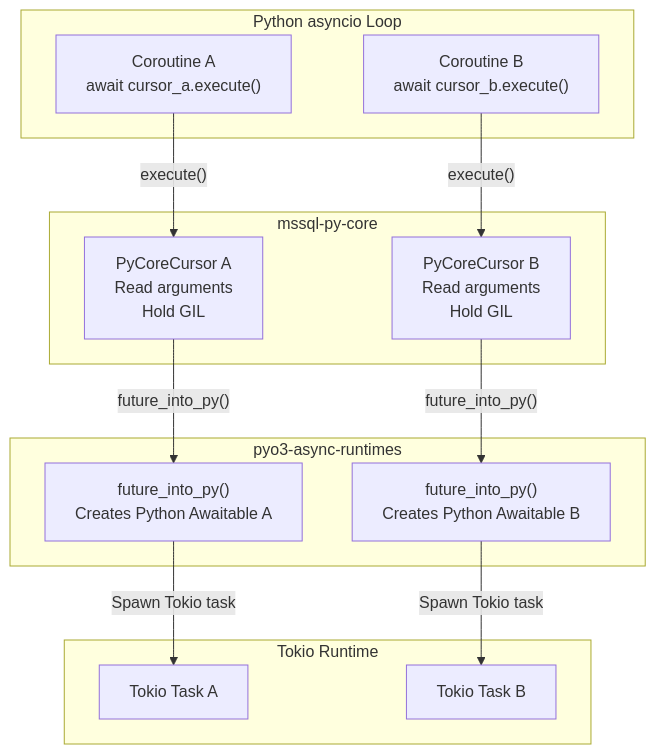
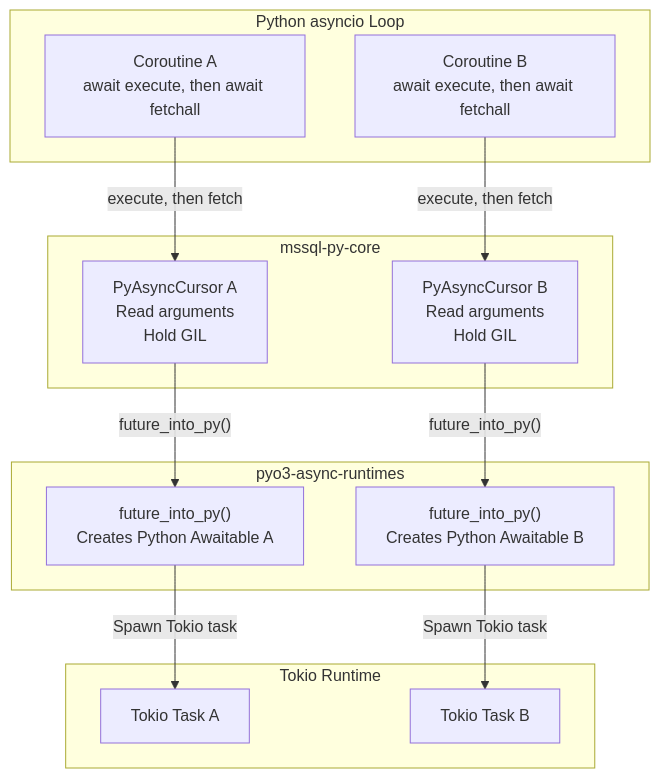
One commit to microsoft/mssql-rs changed the fourth of 16 diagrams in docs/async-execution-design.md. Above: the diagram before and after it, drawn with Mermaid. The commit also changed other lines of this file and 1 other file, not shown here.

Commit message:
Correct async architecture documentation and API examples

````diff
--- a/docs/async-execution-design.md
+++ b/docs/async-execution-design.md
@@ -363,32 +404,32 @@
 ```mermaid
 flowchart TB
 
 subgraph PY["Python asyncio Loop"]
-    GA["Coroutine A<br/>await cursor_a.execute()"]
-    GB["Coroutine B<br/>await cursor_b.execute()"]
+    GA["Coroutine A<br/>await execute, then await fetchall"]
+    GB["Coroutine B<br/>await execute, then await fetchall"]
 end
 
 subgraph PC["mssql-py-core"]
-    CA["PyCoreCursor A<br/>Read arguments<br/>Hold GIL"]
-    CB["PyCoreCursor B<br/>Read arguments<br/>Hold GIL"]
+    CA["PyAsyncCursor A<br/>Read arguments<br/>Hold GIL"]
+    CB["PyAsyncCursor B<br/>Read arguments<br/>Hold GIL"]
 end
 
 subgraph BR["pyo3-async-runtimes"]
     WA["future_into_py()<br/>Creates Python Awaitable A"]
     WB["future_into_py()<br/>Creates Python Awaitable B"]
 end
 
 subgraph TK["Tokio Runtime"]
     TA["Tokio Task A"]
     TB["Tokio Task B"]
 end
 
-GA -->|"execute()"| CA
-GB -->|"execute()"| CB
+GA -->|"execute, then fetch"| CA
+GB -->|"execute, then fetch"| CB
 
 CA -->|"future_into_py()"| WA
 CB -->|"future_into_py()"| WB
 
 WA -->|"Spawn Tokio task"| TA
 WB -->|"Spawn Tokio task"| TB
 ```
````
